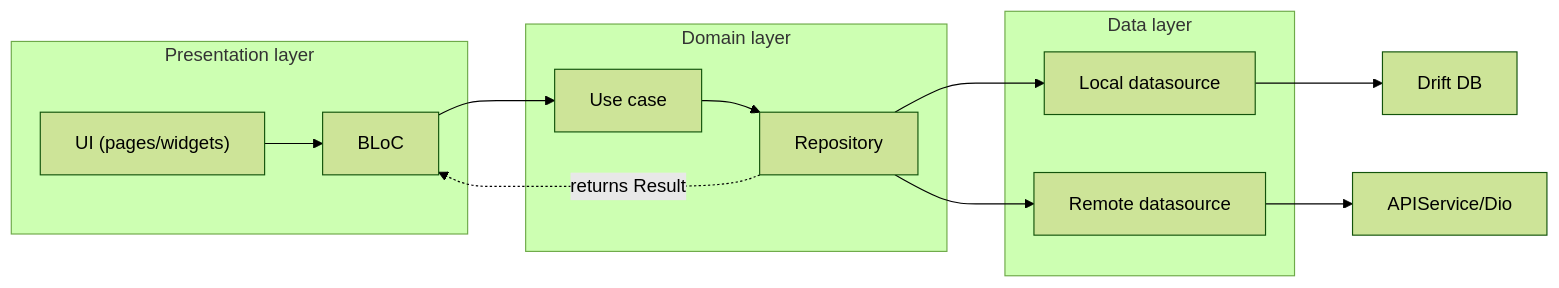
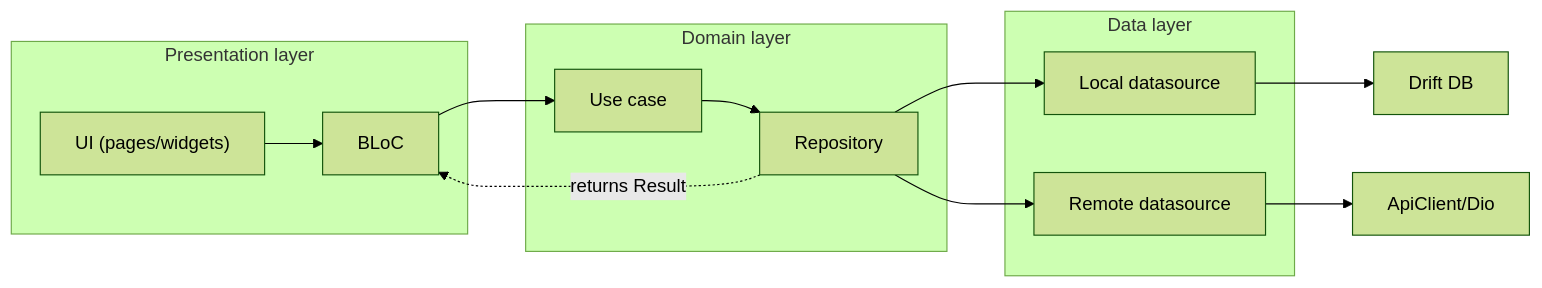
The diagram in template/monorepo/docs/diagrams/architecture.mmd (mixin27/flutter_app_template_cli), drawn with Mermaid (forest theme) before and after one commit. The commit also changed 32 other files, not shown here.

```diff
--- a/template/monorepo/docs/diagrams/architecture.mmd
+++ b/template/monorepo/docs/diagrams/architecture.mmd
@@ -1,25 +1,25 @@
 flowchart LR
   UI["UI (pages/widgets)"] --> BLOC["BLoC"]
   BLOC --> UC["Use case"]
   UC --> REPO["Repository"]
   REPO --> LDS["Local datasource"]
   REPO --> RDS["Remote datasource"]
-  RDS --> API["APIService/Dio"]
+  RDS --> API["ApiClient/Dio"]
   LDS --> DB["Drift DB"]
 
   REPO -. "returns Result<T>" .-> BLOC
 
   subgraph Domain["Domain layer"]
     UC
     REPO
   end
 
   subgraph Data["Data layer"]
     LDS
     RDS
   end
 
   subgraph Presentation["Presentation layer"]
     UI
     BLOC
   end
```
